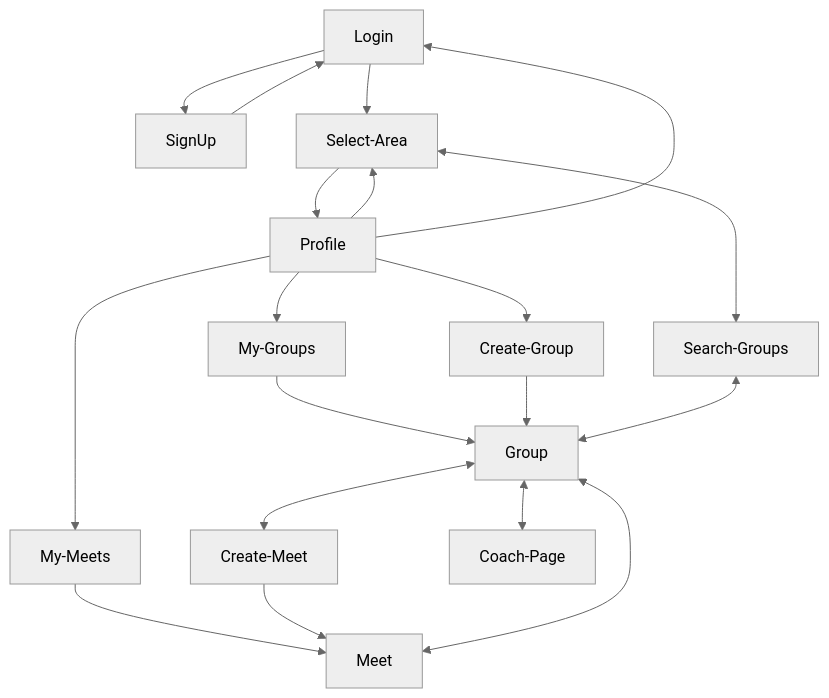
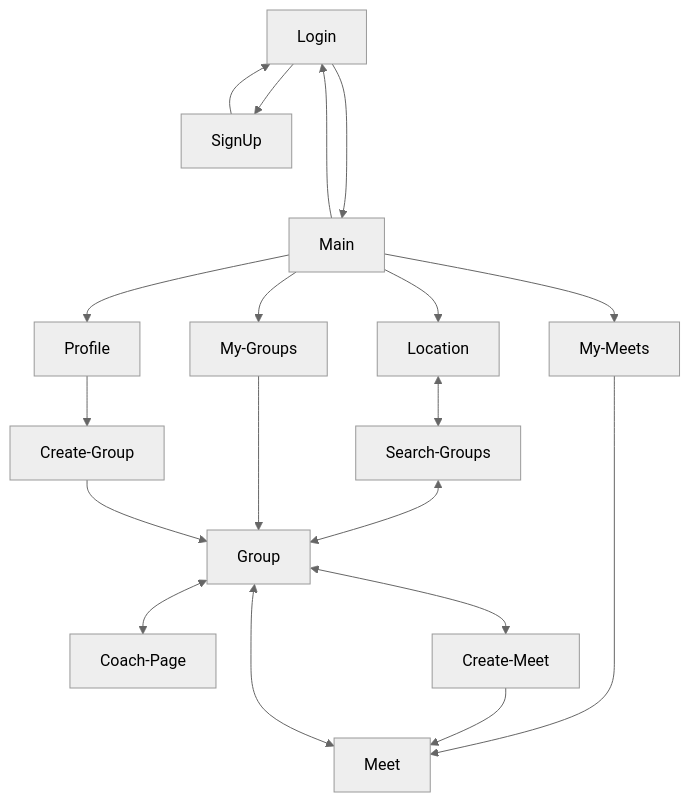
The third of 3 diagrams in README.md (DorYanay/SoluTrain-Mobile-APP), drawn with Mermaid (neutral theme) before and after one commit. The commit also changed 1 other file, not shown here.

Commit message:
README pages diagram

````diff
--- a/README.md
+++ b/README.md
@@ -165,17 +165,15 @@
 ```mermaid
 flowchart TD
-  Login --> SignUp & Select-Area
+  Login --> SignUp
   SignUp --> Login
-  Select-Area --> Profile
-  Profile --> Select-Area
-  Profile --> Login
-  Profile --> My-Groups & My-Meets
-  My-Groups --> Group
-  My-Meets --> Meet
+  Login ---> Main
+  Main --> Location & My-Groups & My-Meets & Profile
+  Main --> Login
+  Location <--> Search-Groups <--> Group
+  My-Groups ---> Group
+  My-Meets -----> Meet
   Profile --> Create-Group --> Group
+  Group <--> Coach-Page
   Group <--> Create-Meet --> Meet
   Group <--> Meet
-  Select-Area <--> Search-Groups
-  Search-Groups <--> Group
-  Group <--> Coach-Page
 ```
````
